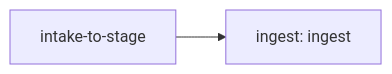
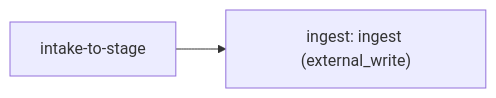
Before and after one commit to Jake36999/Librarian_V2: diagram 19 of 30 in reports/2026-11-20-workflow-map/WORKFLOW-MAP.md, drawn with Mermaid. The commit also changed other lines of this file and 6 other files, not shown here.

````diff
--- a/reports/2026-11-20-workflow-map/WORKFLOW-MAP.md
+++ b/reports/2026-11-20-workflow-map/WORKFLOW-MAP.md
@@ -267,6 +267,6 @@
 ```mermaid
 flowchart LR
   s["intake-to-stage"]
-  n0["ingest: ingest"]
+  n0["ingest: ingest (external_write)"]
   s --> n0
 ```
````
